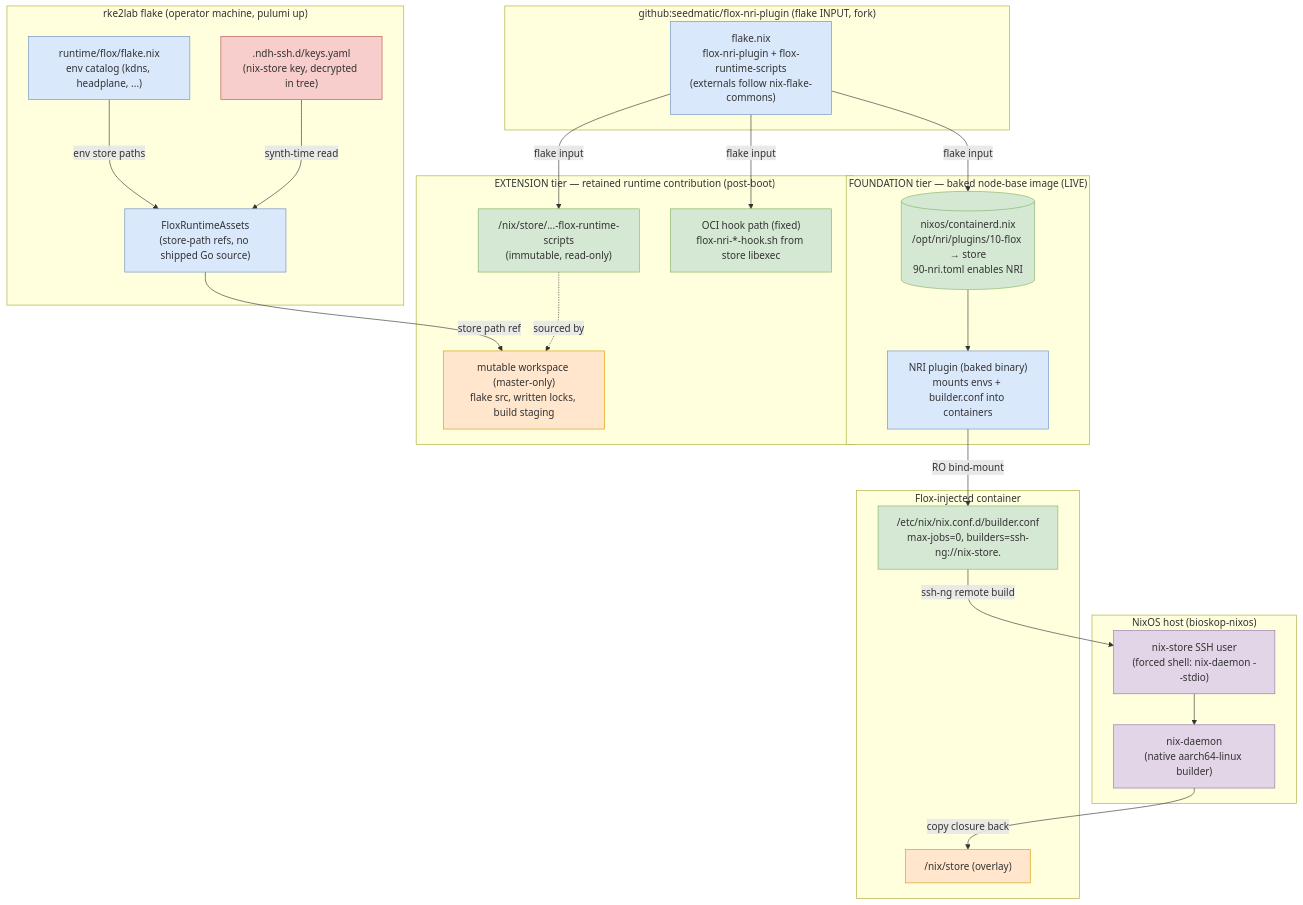
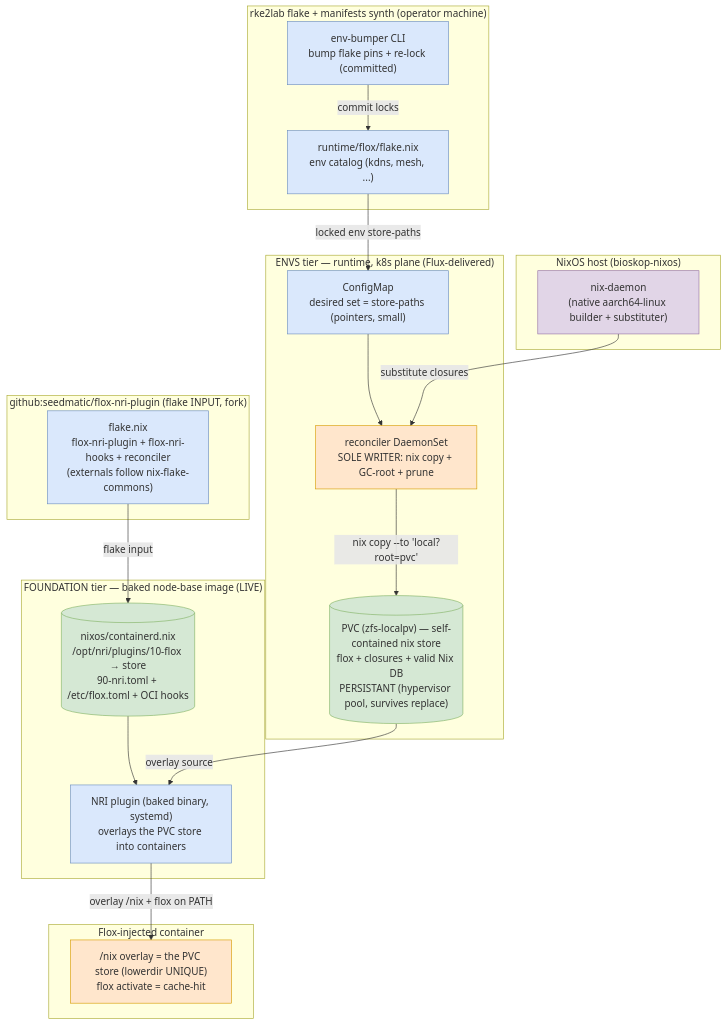
Before and after one commit to nxmatic/rke2lab: the diagram in docs/architecture/patterns/flox-store-resolved-runtime-and-builder.adoc, drawn with Mermaid. The commit also changed other lines of this file and 4 other files, not shown here.

First line of the commit message:
docs(flox): persist runtime env-delivery vision (envs → ZFS-PVC via reconciler)

```diff
--- a/docs/architecture/patterns/flox-store-resolved-runtime-and-builder.adoc
+++ b/docs/architecture/patterns/flox-store-resolved-runtime-and-builder.adoc
@@ -122,53 +136,47 @@
 [mermaid]
 ....
 flowchart TB
   subgraph fork["github:seedmatic/flox-nri-plugin (flake INPUT, fork)"]
-    forkflake["flake.nix<br/>flox-nri-plugin + flox-runtime-scripts<br/>(externals follow nix-flake-commons)"]:::code
+    forkflake["flake.nix<br/>flox-nri-plugin + flox-nri-hooks + reconciler<br/>(externals follow nix-flake-commons)"]:::code
   end
 
-  subgraph rke2["rke2lab flake (operator machine, pulumi up)"]
-    envflake["runtime/flox/flake.nix<br/>env catalog (kdns, headplane, ...)"]:::code
-    assets["FloxRuntimeAssets<br/>(store-path refs, no shipped Go source)"]:::code
-    keys[".ndh-ssh.d/keys.yaml<br/>(nix-store key, decrypted in tree)"]:::secret
+  subgraph rke2["rke2lab flake + manifests synth (operator machine)"]
+    envflake["runtime/flox/flake.nix<br/>env catalog (kdns, mesh, ...)"]:::code
+    bumper["env-bumper CLI<br/>bump flake pins + re-lock (committed)"]:::code
   end
 
   subgraph found["FOUNDATION tier — baked node-base image (LIVE)"]
-    image[("nixos/containerd.nix<br/>/opt/nri/plugins/10-flox → store<br/>90-nri.toml enables NRI")]:::store
-    plugin["NRI plugin (baked binary)<br/>mounts envs + builder.conf into containers"]:::code
+    image[("nixos/containerd.nix<br/>/opt/nri/plugins/10-flox → store<br/>90-nri.toml + /etc/flox.toml + OCI hooks")]:::store
+    plugin["NRI plugin (baked binary, systemd)<br/>overlays the PVC store into containers"]:::code
   end
 
-  subgraph ext["EXTENSION tier — retained runtime contribution (post-boot)"]
-    store["/nix/store/...-flox-runtime-scripts<br/>(immutable, read-only)"]:::store
-    workspace["mutable workspace (master-only)<br/>flake src, written locks, build staging"]:::mut
-    hooks["OCI hook path (fixed)<br/>flox-nri-*-hook.sh from store libexec"]:::store
+  subgraph k8s["ENVS tier — runtime, k8s plane (Flux-delivered)"]
+    cm["ConfigMap<br/>desired set = store-paths (pointers, small)"]:::code
+    ds["reconciler DaemonSet<br/>SOLE WRITER: nix copy + GC-root + prune"]:::mut
+    pvc[("PVC (zfs-localpv) — self-contained nix store<br/>flox + closures + valid Nix DB<br/>PERSISTANT (hypervisor pool, survives replace)")]:::store
+    cm --> ds
+    ds -->|"nix copy --to 'local?root=pvc'"| pvc
   end
 
   subgraph nhost["NixOS host (bioskop-nixos)"]
-    daemon["nix-daemon<br/>(native aarch64-linux builder)"]:::builder
-    inbound["nix-store SSH user<br/>(forced shell: nix-daemon --stdio)"]:::builder
+    daemon["nix-daemon<br/>(native aarch64-linux builder + substituter)"]:::builder
   end
 
   subgraph ctr["Flox-injected container"]
-    cnix["/etc/nix/nix.conf.d/builder.conf<br/>max-jobs=0, builders=ssh-ng://nix-store.<host>"]:::store
-    cstore["/nix/store (overlay)"]:::mut
+    cstore["/nix overlay = the PVC store (lowerdir UNIQUE)<br/>flox activate = cache-hit"]:::mut
   end
 
   forkflake -->|flake input| image
-  forkflake -->|flake input| store
-  forkflake -->|flake input| hooks
-  envflake -->|env store paths| assets
-  assets -->|store path ref| workspace
-  keys -->|synth-time read| assets
+  bumper -->|commit locks| envflake
+  envflake -->|locked env store-paths| cm
+  daemon -->|substitute closures| ds
   image --> plugin
-  store -.->|sourced by| workspace
-  plugin -->|RO bind-mount| cnix
-  cnix -->|ssh-ng remote build| inbound
-  inbound --> daemon
-  daemon -->|copy closure back| cstore
+  pvc -->|overlay source| plugin
+  plugin -->|overlay /nix + flox on PATH| cstore
 
   classDef code fill:#dae8fc,stroke:#6c8ebf
   classDef store fill:#d5e8d4,stroke:#82b366
   classDef mut fill:#ffe6cc,stroke:#d79b00
   classDef secret fill:#f8cecc,stroke:#b85450
   classDef builder fill:#e1d5e7,stroke:#9673a6
 ....
```
